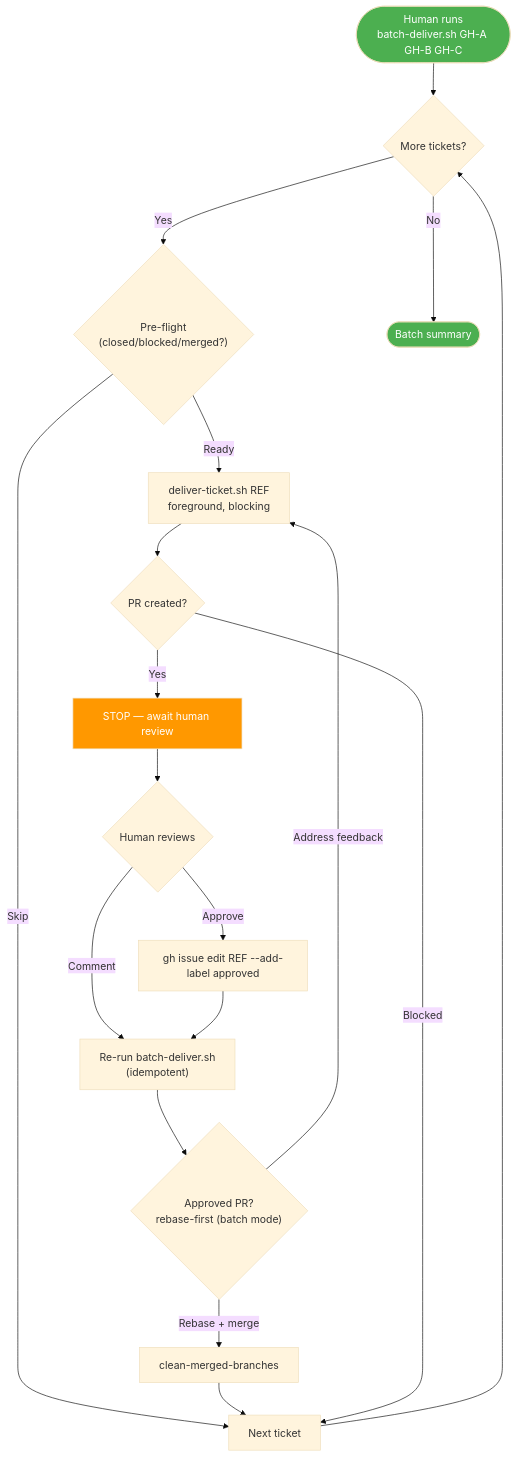
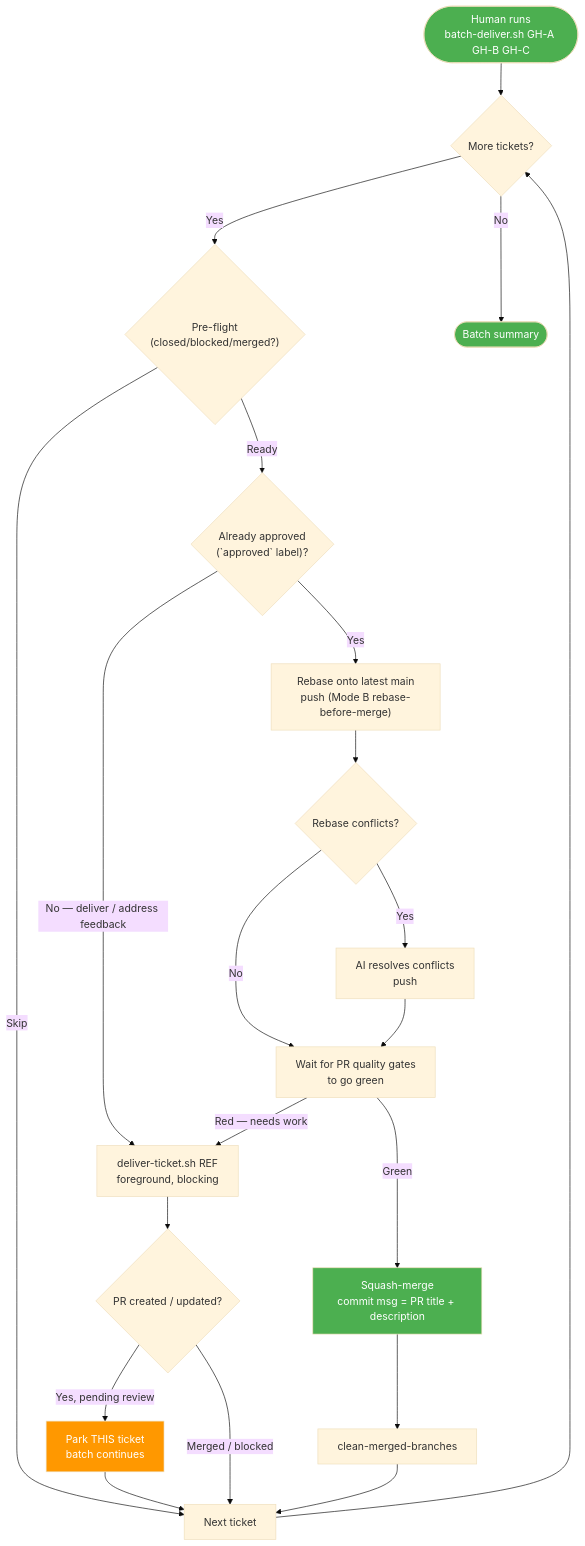
One commit to juliusz-cwiakalski/agentic-delivery-os changed the second of 2 diagrams in doc/guides/delivery-modes.md. Above: the diagram before and after it, drawn with Mermaid (base theme). The commit also changed other lines of this file and 1 other file, not shown here.

First line of the commit message:
docs(guides): GH-142 revise delivery-modes guide per review + transform to user-facing guide

````diff
--- a/doc/guides/delivery-modes.md
+++ b/doc/guides/delivery-modes.md
@@ -245,24 +326,28 @@
 ```mermaid
 flowchart TD
     HUMAN([Human runs<br/>batch-deliver.sh GH-A GH-B GH-C]) --> LOOP{More tickets?}
     LOOP -->|Yes| PREFLIGHT{"Pre-flight<br/>(closed/blocked/merged?)"}
     PREFLIGHT -->|Skip| NEXTT[Next ticket]
-    PREFLIGHT -->|Ready| DELIVER["deliver-ticket.sh REF<br/>foreground, blocking"]
-    DELIVER --> PR{"PR created?"}
-    PR -->|Yes| STOP["STOP — await human review"]
-    STOP --> HUMANRV{"Human reviews"}
-    HUMANRV -->|Approve| APPROVE["gh issue edit REF --add-label approved"]
-    HUMANRV -->|Comment| RERUN["Re-run batch-deliver.sh<br/>(idempotent)"]
-    APPROVE --> RERUN
-    RERUN --> MERGECHECK{"Approved PR?<br/>rebase-first (batch mode)"}
-    MERGECHECK -->|Rebase + merge| CLEAN[clean-merged-branches]
-    MERGECHECK -->|Address feedback| DELIVER
+    PREFLIGHT -->|Ready| APPROVED{"Already approved<br/>(`approved` label)?"}
+    APPROVED -->|No — deliver / address feedback| DELIVER["deliver-ticket.sh REF<br/>foreground, blocking"]
+    APPROVED -->|Yes| REBASE["Rebase onto latest main<br/>push (Mode B rebase-before-merge)"]
+    DELIVER --> PR{"PR created / updated?"}
+    PR -->|Yes, pending review| PENDING["Park THIS ticket<br/>batch continues"]
+    PENDING --> NEXTT
+    PR -->|Merged / blocked| NEXTT
+    REBASE --> CONFLICT{"Rebase conflicts?"}
+    CONFLICT -->|No| GATES["Wait for PR quality gates<br/>to go green"]
+    CONFLICT -->|Yes| AIFIX["AI resolves conflicts<br/>push"]
+    AIFIX --> GATES
+    GATES -->|Green| SQUASH["Squash-merge<br/>commit msg = PR title + description"]
+    GATES -->|Red — needs work| DELIVER
+    SQUASH --> CLEAN["clean-merged-branches"]
     CLEAN --> NEXTT
-    PR -->|Blocked| NEXTT
     NEXTT --> LOOP
     LOOP -->|No| DONE([Batch summary])
 
-    style STOP fill:#FF9800,color:#fff
+    style PENDING fill:#FF9800,color:#fff
     style HUMAN fill:#4CAF50,color:#fff
     style DONE fill:#4CAF50,color:#fff
+    style SQUASH fill:#4CAF50,color:#fff
 ```
````
